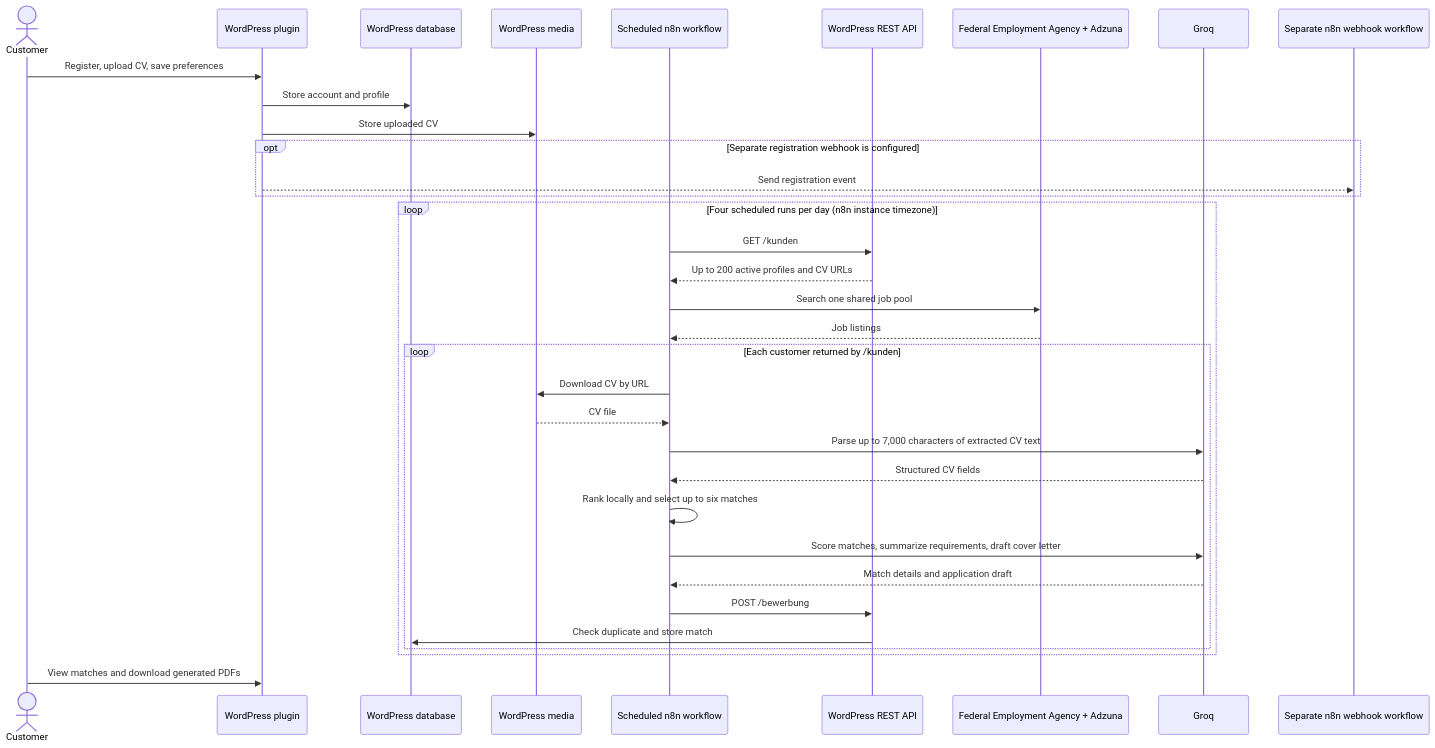
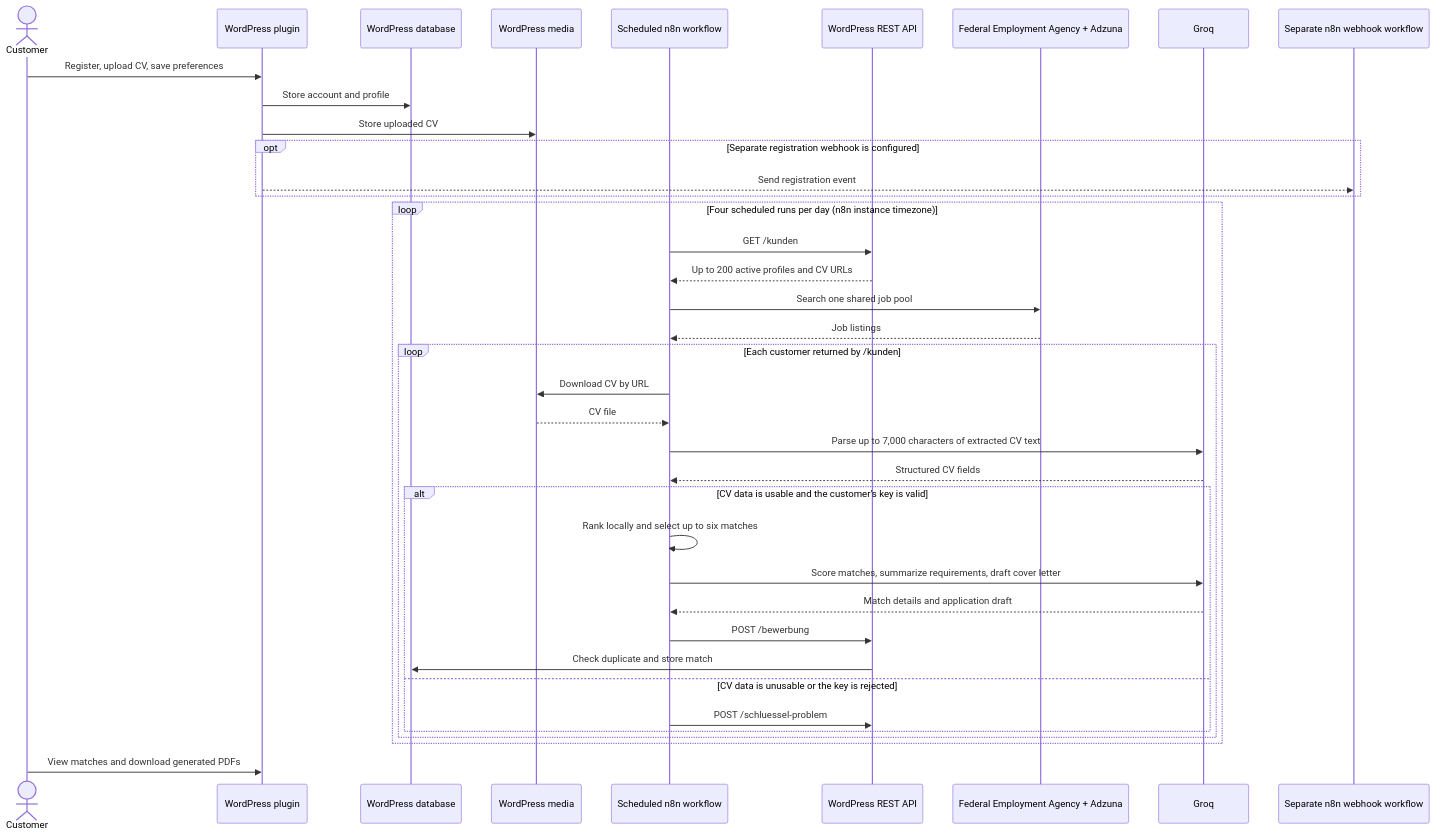
One commit to 3mothman/auto-job-search changed the second of 3 diagrams in ARCHITECTURE.md. Above: the diagram before and after it, drawn with Mermaid. The commit also changed other lines of this file, not shown here.

Commit message:
docs: clarify workflow error path

````diff
--- a/ARCHITECTURE.md
+++ b/ARCHITECTURE.md
@@ -45,41 +45,45 @@
 ```mermaid
 sequenceDiagram
     actor Customer
     participant WP as WordPress plugin
     participant DB as WordPress database
     participant Media as WordPress media
     participant N8N as Scheduled n8n workflow
     participant REST as WordPress REST API
     participant Jobs as Federal Employment Agency + Adzuna
     participant Groq
     participant Hook as Separate n8n webhook workflow
 
     Customer->>WP: Register, upload CV, save preferences
     WP->>DB: Store account and profile
     WP->>Media: Store uploaded CV
 
     opt Separate registration webhook is configured
         WP-->>Hook: Send registration event
     end
 
     loop Four scheduled runs per day (n8n instance timezone)
         N8N->>REST: GET /kunden
         REST-->>N8N: Up to 200 active profiles and CV URLs
         N8N->>Jobs: Search one shared job pool
         Jobs-->>N8N: Job listings
 
         loop Each customer returned by /kunden
             N8N->>Media: Download CV by URL
             Media-->>N8N: CV file
             N8N->>Groq: Parse up to 7,000 characters of extracted CV text
             Groq-->>N8N: Structured CV fields
-            N8N->>N8N: Rank locally and select up to six matches
-            N8N->>Groq: Score matches, summarize requirements, draft cover letter
-            Groq-->>N8N: Match details and application draft
-            N8N->>REST: POST /bewerbung
-            REST->>DB: Check duplicate and store match
+            alt CV data is usable and the customer's key is valid
+                N8N->>N8N: Rank locally and select up to six matches
+                N8N->>Groq: Score matches, summarize requirements, draft cover letter
+                Groq-->>N8N: Match details and application draft
+                N8N->>REST: POST /bewerbung
+                REST->>DB: Check duplicate and store match
+            else CV data is unusable or the key is rejected
+                N8N->>REST: POST /schluessel-problem
+            end
         end
     end
 
     Customer->>WP: View matches and download generated PDFs
 ```
````
